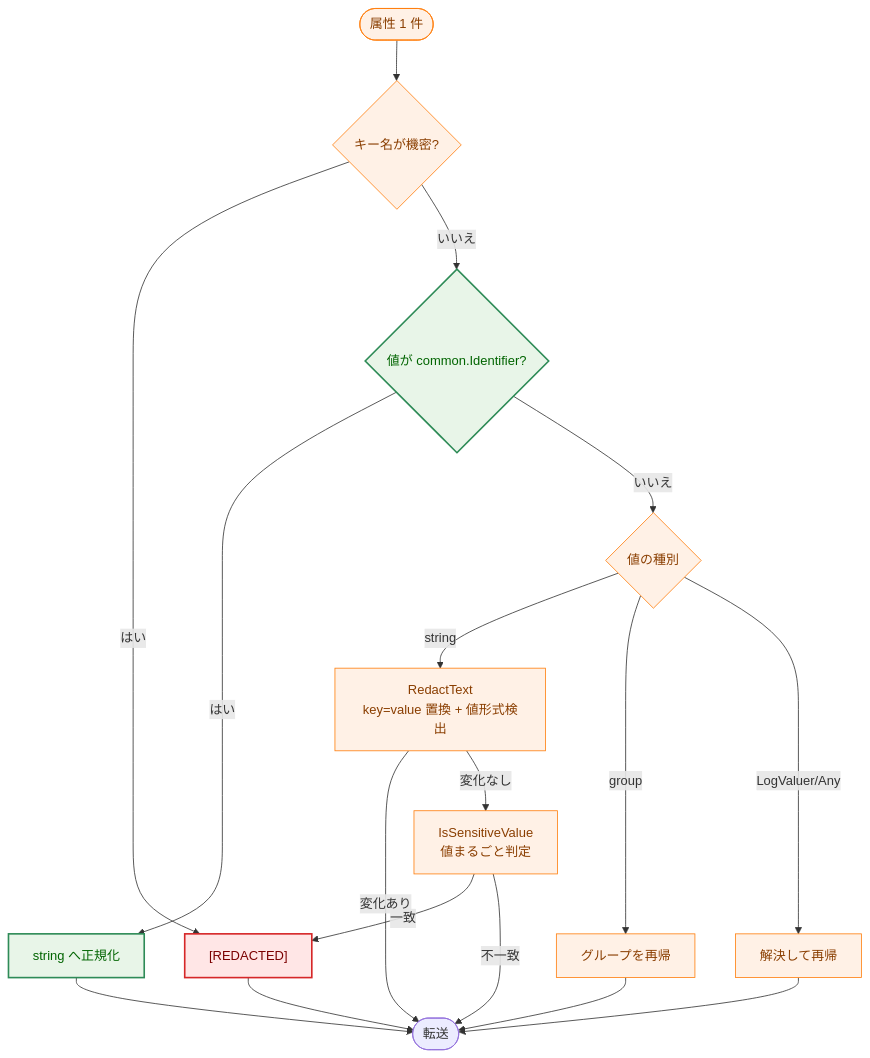
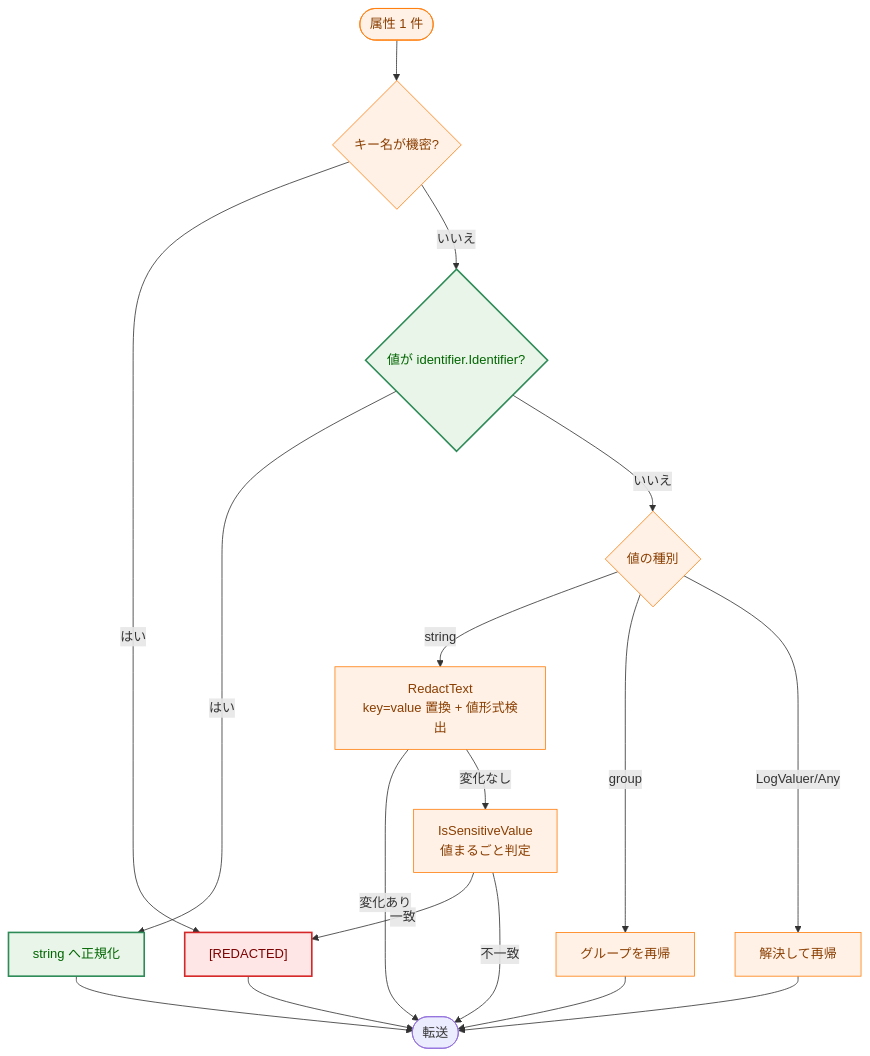
One commit to isseis/go-safe-cmd-runner changed the ninth of 12 diagrams in docs/tasks/0173_identifier_redaction_exemption/02_architecture.md. Above: the diagram before and after it, drawn with Mermaid. The commit also changed other lines of this file and 2 other files, not shown here.

Commit message:
docs(0173): move Identifier to a leaf package and re-draft documents

````diff
--- a/docs/tasks/0173_identifier_redaction_exemption/02_architecture.md
+++ b/docs/tasks/0173_identifier_redaction_exemption/02_architecture.md
@@ -551,37 +555,37 @@
 ```mermaid
 flowchart TD
     classDef process fill:#fff1e6,stroke:#ff7f0e,stroke-width:1px,color:#8a3e00;
     classDef enhanced fill:#e8f5e8,stroke:#2e8b57,stroke-width:2px,color:#006400;
     classDef problem fill:#ffe6e6,stroke:#d62728,stroke-width:2px,color:#7b0000;
 
     START(["属性 1 件"])
     KEY{"キー名が機密?"}
-    ID{"値が common.Identifier?"}
+    ID{"値が identifier.Identifier?"}
     KIND{"値の種別"}
     STR["RedactText<br>key=value 置換 + 値形式検出"]
     WHOLE["IsSensitiveValue<br>値まるごと判定"]
     GROUP["グループを再帰"]
     NORM["string へ正規化"]
     PLACE["[REDACTED]"]
 
     START --> KEY
     KEY -->|"はい"| PLACE
     KEY -->|"いいえ"| ID
     ID -->|"はい"| NORM
     ID -->|"いいえ"| KIND
     KIND -->|"string"| STR
     STR -->|"変化あり"| DONE(["転送"])
     STR -->|"変化なし"| WHOLE
     WHOLE -->|"一致"| PLACE
     WHOLE -->|"不一致"| DONE
     KIND -->|"group"| GROUP
     KIND -->|"LogValuer/Any"| RESOLVE["解決して再帰"]
     NORM --> DONE
     GROUP --> DONE
     RESOLVE --> DONE
     PLACE --> DONE
 
     class START,KEY,KIND,STR,WHOLE,GROUP,RESOLVE process
     class ID,NORM enhanced
     class PLACE problem
 ```
````
